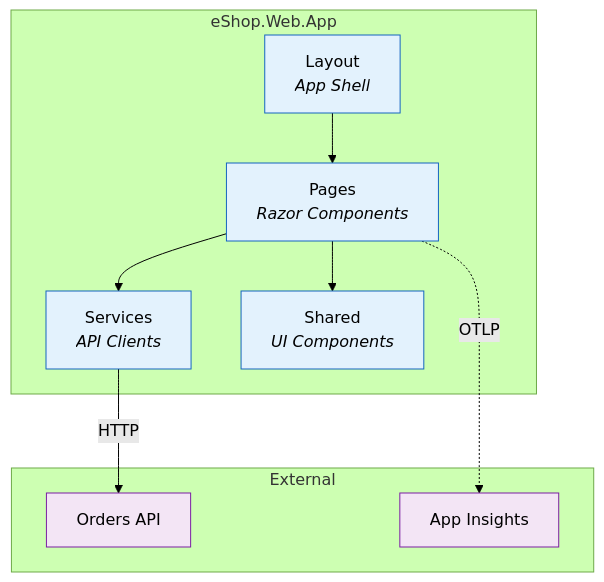
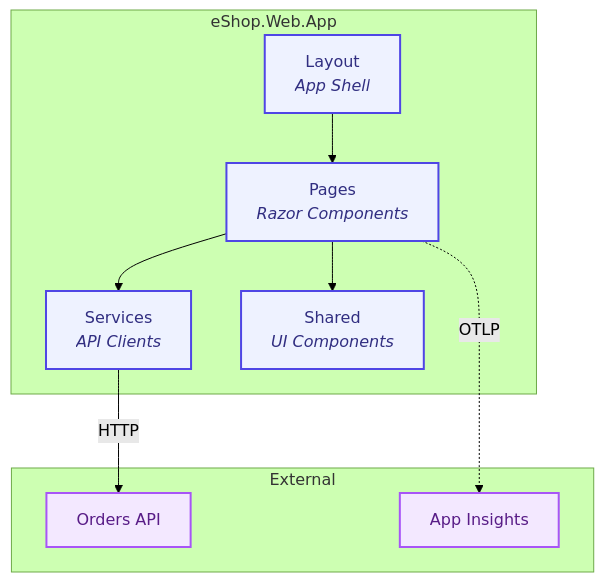
Before and after one commit to Evilazaro/Azure-LogicApps-Monitoring: the third of 6 diagrams in docs/architecture/03-application-architecture.md, drawn with Mermaid (forest theme). The commit also changed other lines of this file and 4 other files, not shown here.

Commit message:
feat(docs): Enhance architecture documentation with detailed diagrams and modern color palette

````diff
--- a/docs/architecture/03-application-architecture.md
+++ b/docs/architecture/03-application-architecture.md
@@ -219,26 +226,31 @@
 ```mermaid
 flowchart TB
+    %% eShop.Web.App Component Architecture
     subgraph WebApp["eShop.Web.App"]
         Pages["Pages<br/><i>Razor Components</i>"]
         Layout["Layout<br/><i>App Shell</i>"]
         Services["Services<br/><i>API Clients</i>"]
         Shared["Shared<br/><i>UI Components</i>"]
     end
 
     subgraph External["External"]
         API["Orders API"]
         AI["App Insights"]
     end
 
+    %% Internal relationships
     Pages --> Services
     Pages --> Shared
     Layout --> Pages
+
+    %% External connections
     Services -->|"HTTP"| API
     Pages -.->|"OTLP"| AI
 
-    classDef internal fill:#e3f2fd,stroke:#1565c0
-    classDef external fill:#f3e5f5,stroke:#7b1fa2
+    %% Modern color palette - WCAG AA compliant
+    classDef internal fill:#EEF2FF,stroke:#4F46E5,stroke-width:2px,color:#312E81
+    classDef external fill:#F3E8FF,stroke:#A855F7,stroke-width:2px,color:#581C87
 
     class Pages,Layout,Services,Shared internal
     class API,AI external
 ```
````
